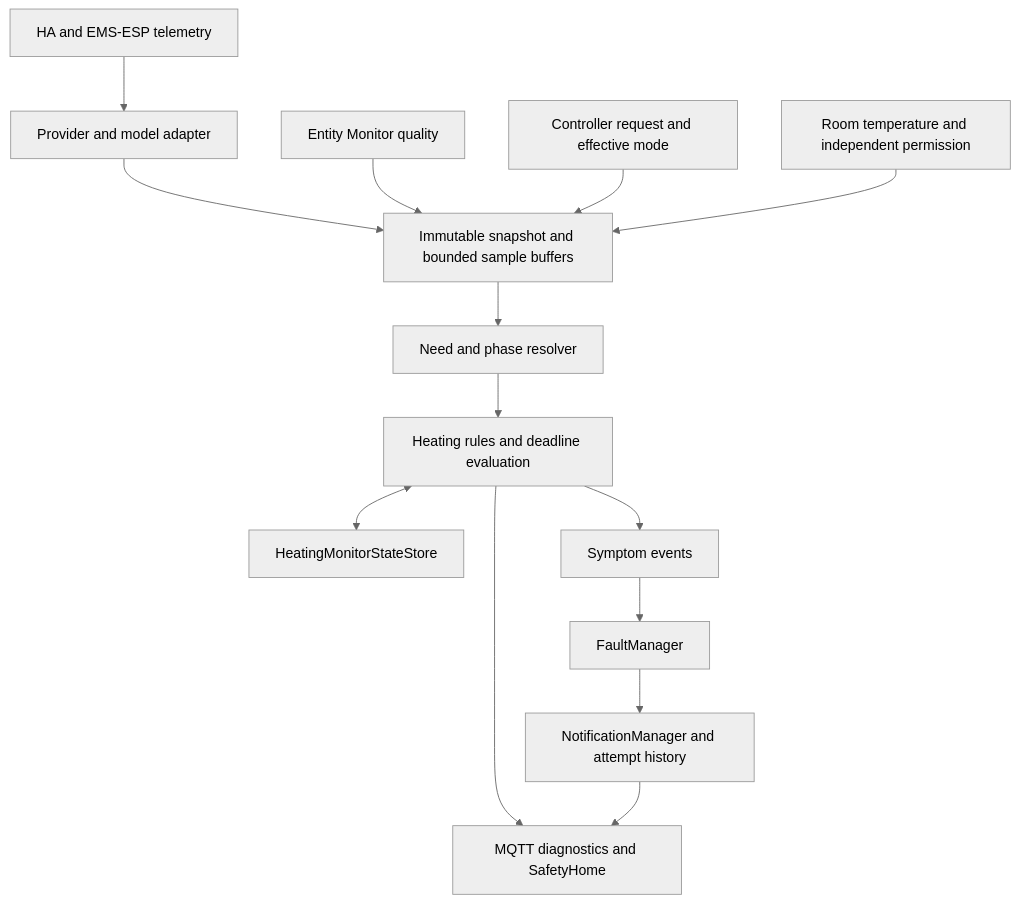
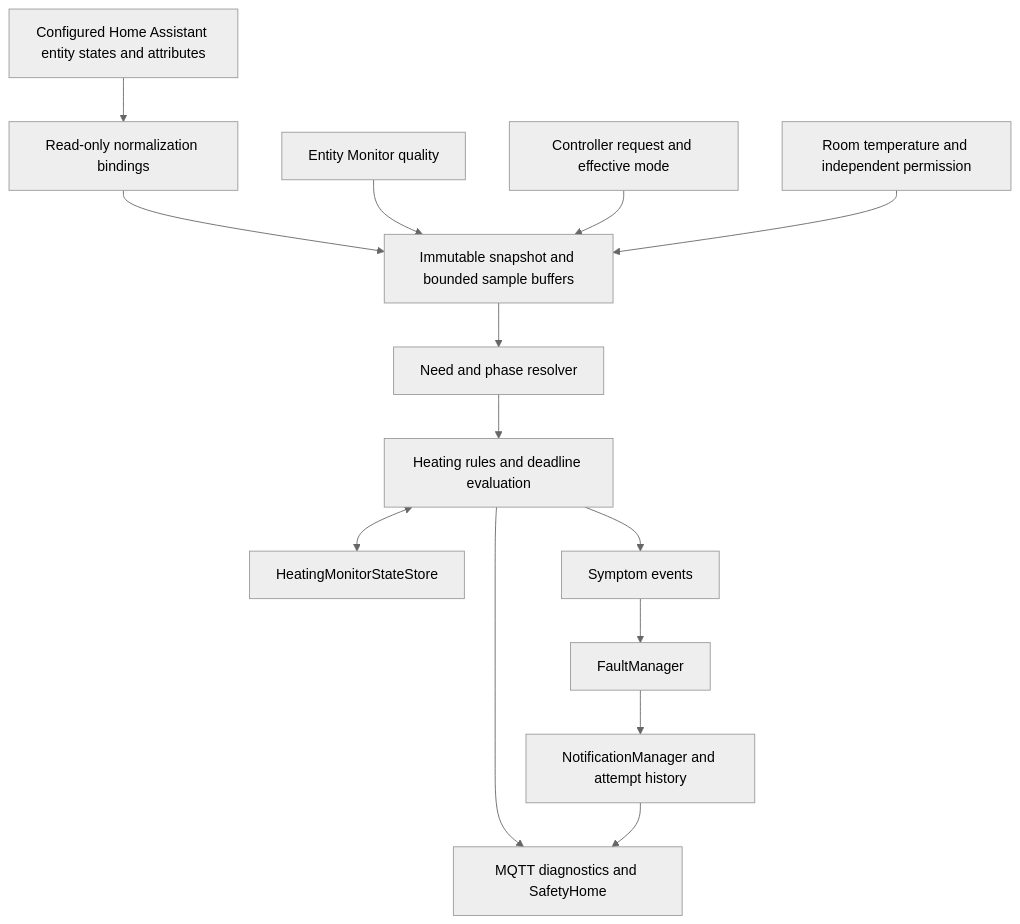
One commit to Arkaqius/SafetyComponent changed the diagram in docs/features/Heating System Monitoring - Architecture.md. Above: the diagram before and after it, drawn with Mermaid (neutral theme). The commit also changed other lines of this file and 7 other files, not shown here.

````diff
--- a/docs/features/Heating System Monitoring - Architecture.md
+++ b/docs/features/Heating System Monitoring - Architecture.md
@@ -49,16 +49,16 @@
 ```mermaid
 flowchart TD
-    HA[HA and EMS-ESP telemetry] --> AD[Provider and model adapter]
+    HA[Configured Home Assistant entity states and attributes] --> AD[Read-only normalization bindings]
     AD --> SS[Immutable snapshot and bounded sample buffers]
     EH[Entity Monitor quality] --> SS
     CT[Controller request and effective mode] --> SS
     RM[Room temperature and independent permission] --> SS
     SS --> ND[Need and phase resolver]
     ND --> RE[Heating rules and deadline evaluation]
     RE <--> PS[HeatingMonitorStateStore]
     RE --> EV[Symptom events]
     EV --> FM[FaultManager]
     FM --> NM[NotificationManager and attempt history]
     RE --> UI[MQTT diagnostics and SafetyHome]
     NM --> UI
 ```
````
